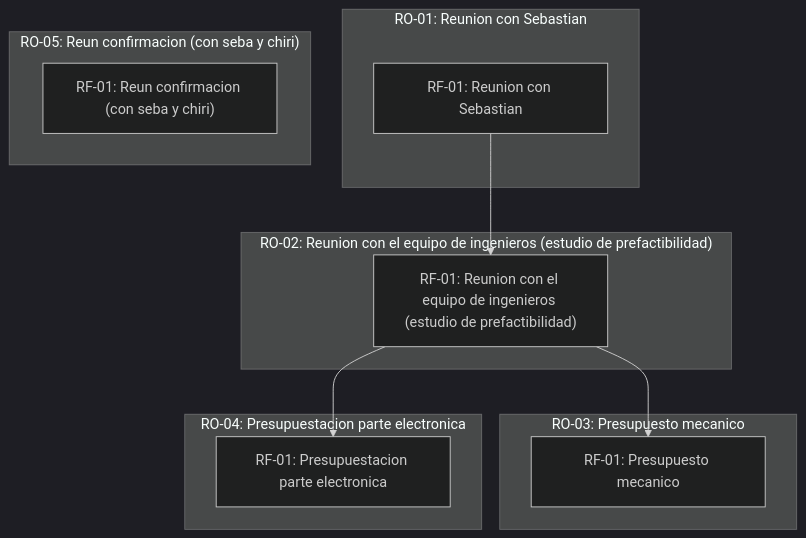
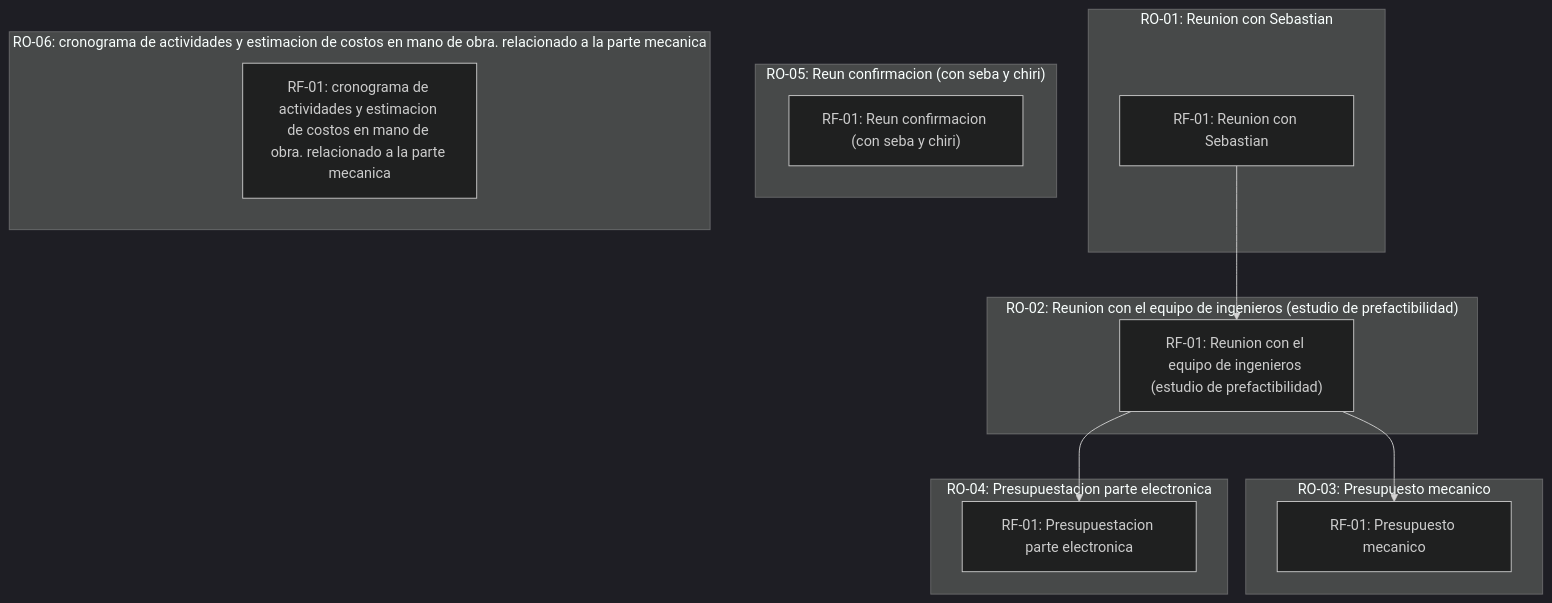
The diagram in scrumDocs/grafo.md (fiemcasals/ProyectoVAD), drawn with Mermaid (dark theme) before and after one commit. The commit also changed other lines of this file, not shown here.

Commit message:
Auto-publish: actualiza scrumDocs/grafo.md

````diff
--- a/scrumDocs/grafo.md
+++ b/scrumDocs/grafo.md
@@ -5,21 +5,24 @@
 ```mermaid
 graph TD
   subgraph US_1789213601492["RO-01: Reunion con Sebastian"]
     REQ_1789213601498["RF-01: Reunion con Sebastian"]
   end
   subgraph US_1789213867397["RO-02: Reunion con el equipo de ingenieros (estudio de prefactibilidad)"]
     REQ_1789213867404["RF-01: Reunion con el equipo de ingenieros (estudio de prefactibilidad)"]
   end
   subgraph US_1789214807204["RO-03: Presupuesto mecanico"]
     REQ_1789214807210["RF-01: Presupuesto mecanico"]
   end
   subgraph US_1789228644037["RO-04: Presupuestacion parte electronica"]
     REQ_1789228644049["RF-01: Presupuestacion parte electronica"]
   end
   subgraph US_1789228786617["RO-05: Reun confirmacion (con seba y chiri)"]
     REQ_1789228786624["RF-01: Reun confirmacion (con seba y chiri)"]
   end
+  subgraph US_1789229144833["RO-06: cronograma de actividades y estimacion de costos en mano de obra. relacionado a la parte mecanica"]
+    REQ_1789229144846["RF-01: cronograma de actividades y estimacion de costos en mano de obra. relacionado a la parte mecanica"]
+  end
   REQ_1789213601498 --> REQ_1789213867404
   REQ_1789213867404 --> REQ_1789214807210
   REQ_1789213867404 --> REQ_1789228644049
 ```
````
